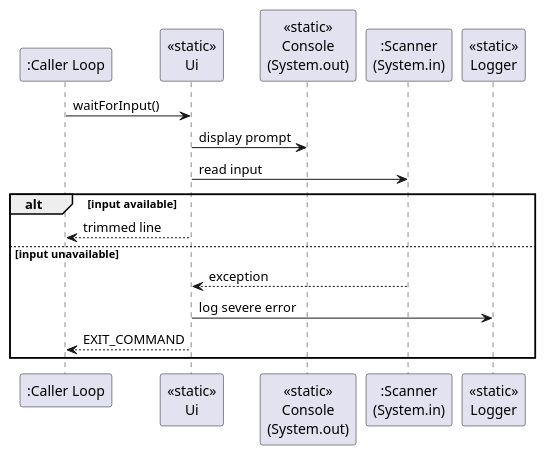
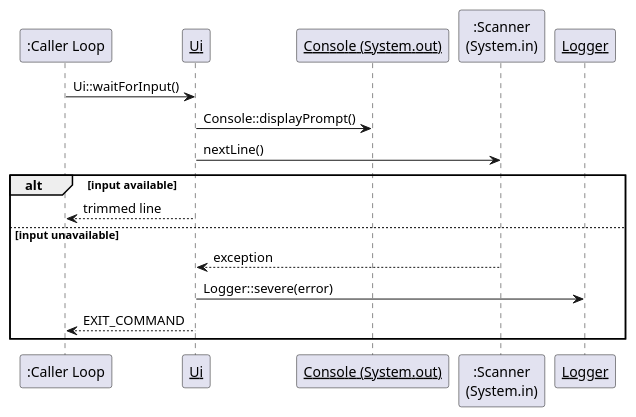
The diagram in docs/diagrams/UiInputCycle.puml (AY2526S1-CS2113-W12-4/tp), drawn with PlantUML before and after one commit. The commit also changed 1 other file, not shown here.

Commit message:
Use UML-standard static notation for UI diagrams

```diff
--- a/docs/diagrams/UiInputCycle.puml
+++ b/docs/diagrams/UiInputCycle.puml
@@ -1,25 +1,20 @@
 @startuml UiInputCycle
 skinparam stereotypeFontStyle normal
-skinparam participant {
-  BackgroundColor<<static>> #F2F2F2
-  BorderColor<<static>> #666666
-  FontStyle<<static>> bold
-}
 
 participant ":Caller Loop" as Caller
-participant "<<static>>\nUi" as Ui
-participant "<<static>>\nConsole\n(System.out)" as Console
+participant "<u>Ui</u>" as Ui
+participant "<u>Console (System.out)</u>" as Console
 participant ":Scanner\n(System.in)" as Scanner
-participant "<<static>>\nLogger" as Logger
+participant "<u>Logger</u>" as Logger
 
-Caller -> Ui : waitForInput()
-Ui -> Console : display prompt
-Ui -> Scanner : read input
+Caller -> Ui : Ui::waitForInput()
+Ui -> Console : Console::displayPrompt()
+Ui -> Scanner : nextLine()
 alt input available
     Ui --> Caller : trimmed line
 else input unavailable
-    Ui <-- Scanner : exception
-    Ui -> Logger : log severe error
+    Scanner --> Ui : exception
+    Ui -> Logger : Logger::severe(error)
     Ui --> Caller : EXIT_COMMAND
 end
 @enduml
```
